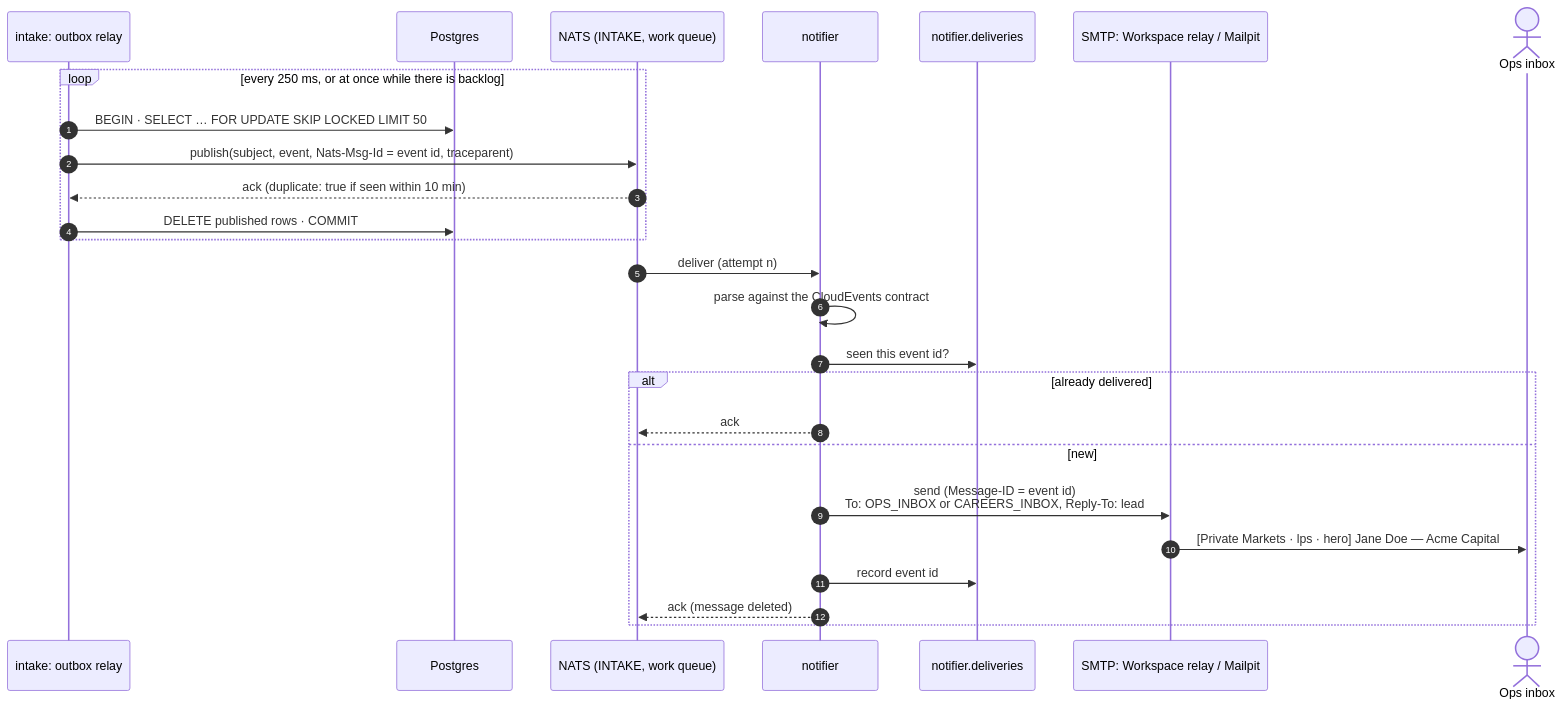
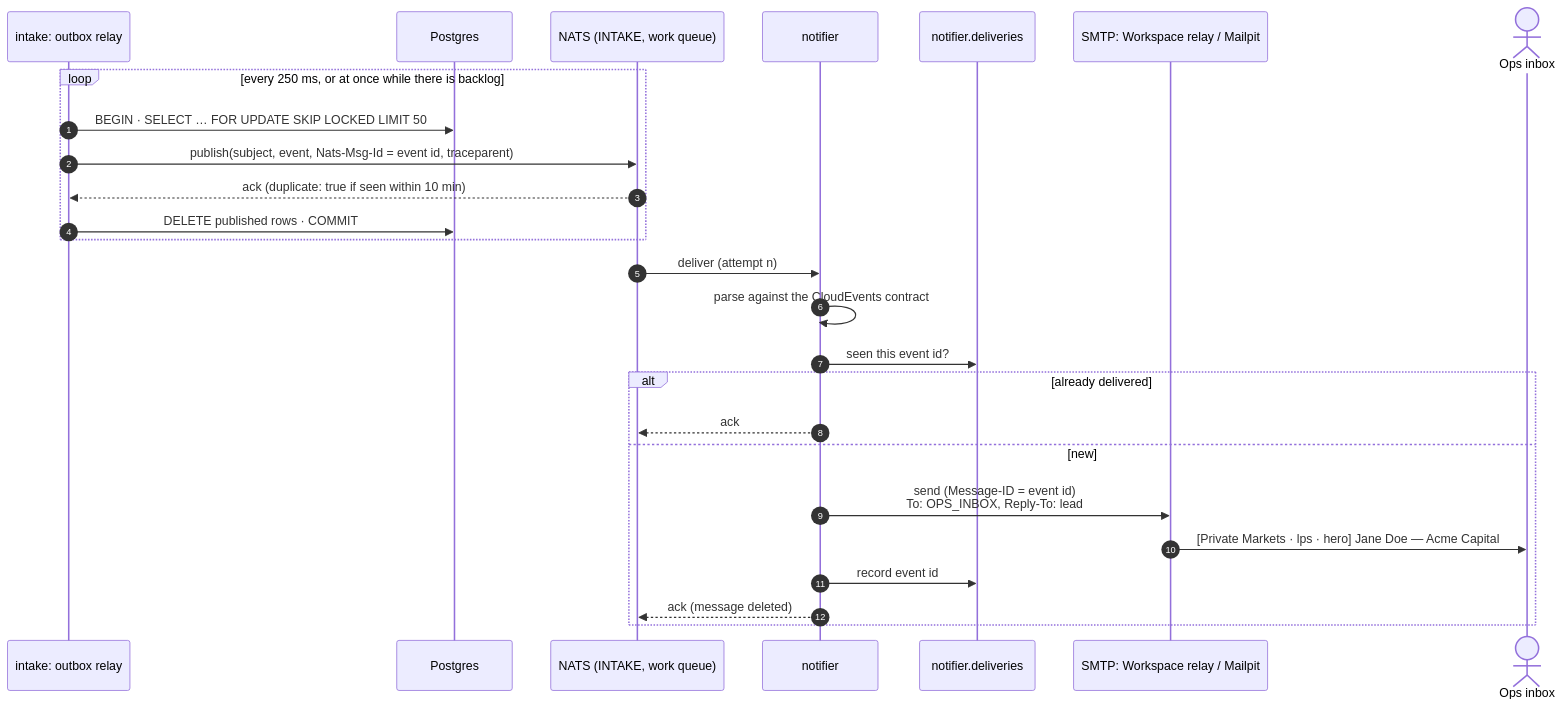
One commit to angritsay/eunice-site changed the second of 5 diagrams in docs/architecture/flows.md. Above: the diagram before and after it, drawn with Mermaid. The commit also changed 71 other files, not shown here.

````diff
--- a/docs/architecture/flows.md
+++ b/docs/architecture/flows.md
@@ -48,29 +48,29 @@
 ```mermaid
 sequenceDiagram
   autonumber
   participant R as intake: outbox relay
   participant DB as Postgres
   participant N as NATS (INTAKE, work queue)
   participant C as notifier
   participant L as notifier.deliveries
   participant M as SMTP: Workspace relay / Mailpit
   actor O as Ops inbox
 
   loop every 250 ms, or at once while there is backlog
     R->>DB: BEGIN · SELECT … FOR UPDATE SKIP LOCKED LIMIT 50
     R->>N: publish(subject, event, Nats-Msg-Id = event id, traceparent)
     N-->>R: ack (duplicate: true if seen within 10 min)
     R->>DB: DELETE published rows · COMMIT
   end
   N->>C: deliver (attempt n)
   C->>C: parse against the CloudEvents contract
   C->>L: seen this event id?
   alt already delivered
     C-->>N: ack
   else new
-    C->>M: send (Message-ID = event id)<br/>To: OPS_INBOX or CAREERS_INBOX, Reply-To: lead
+    C->>M: send (Message-ID = event id)<br/>To: OPS_INBOX, Reply-To: lead
     M->>O: [Private Markets · lps · hero] Jane Doe — Acme Capital
     C->>L: record event id
     C-->>N: ack (message deleted)
   end
 ```
````
